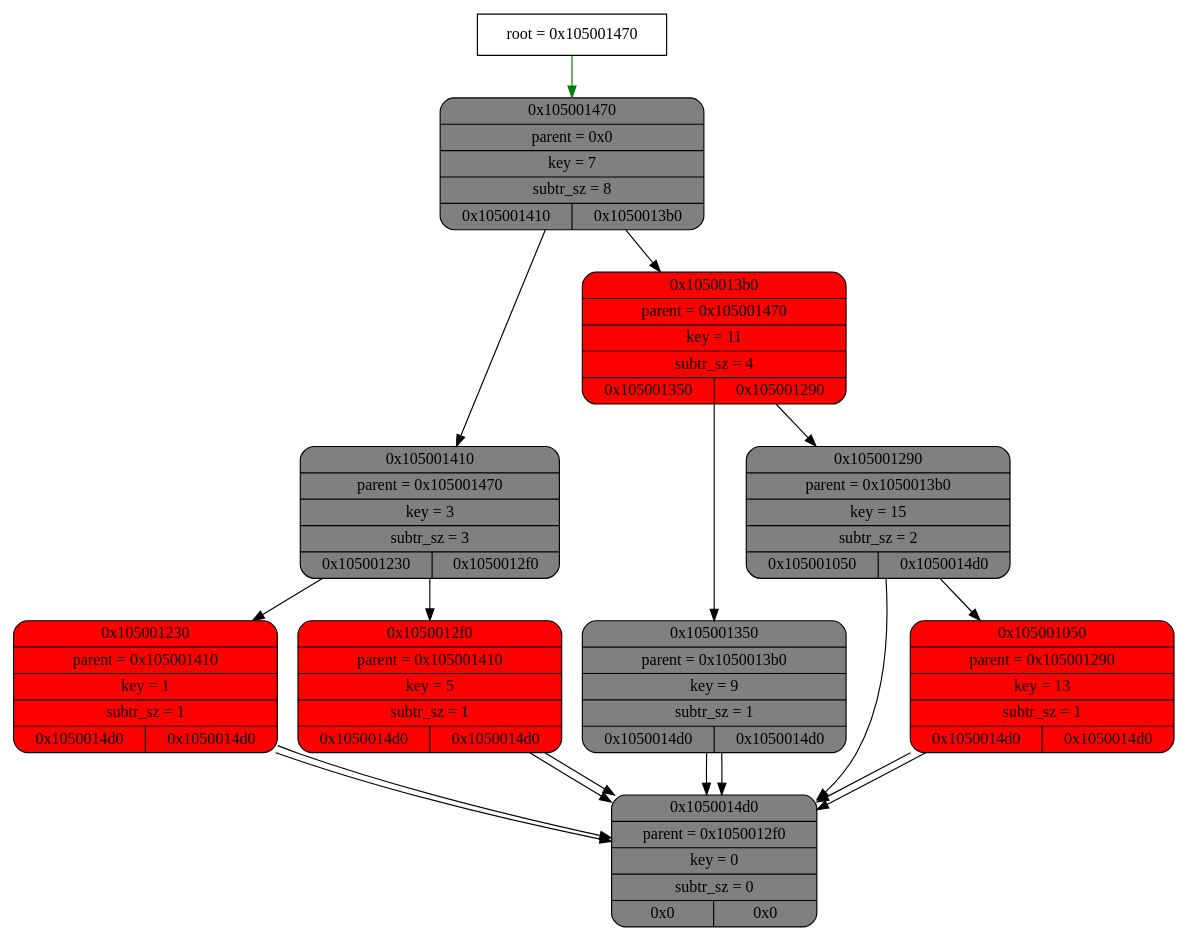
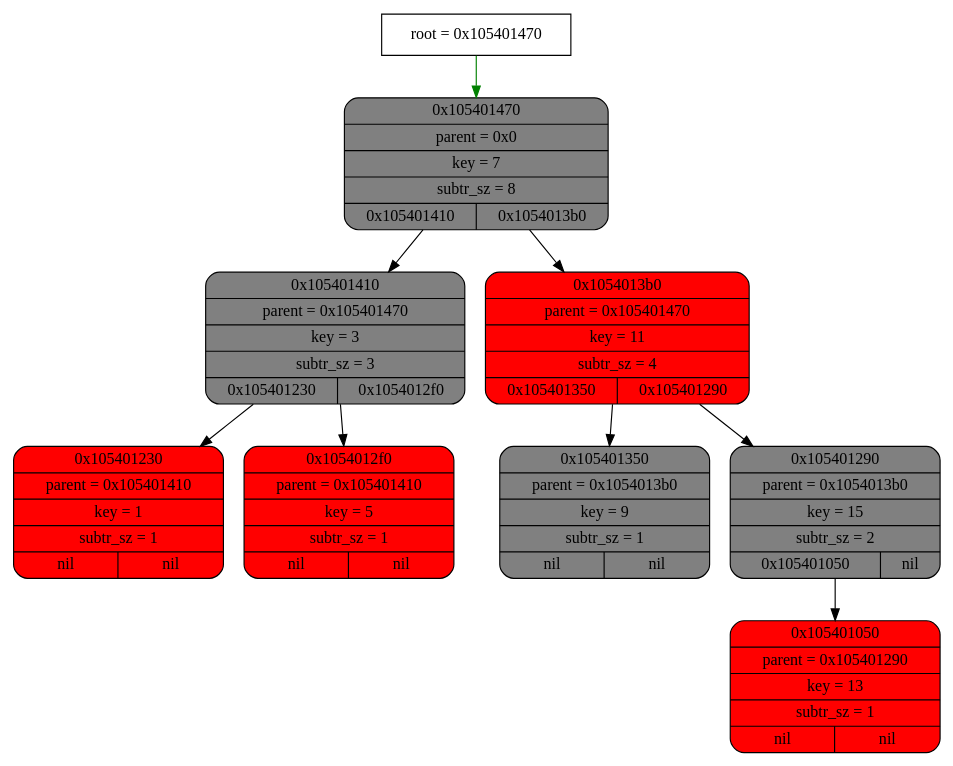
The diagram in graphviz.dot (esgalimov/tree), drawn with Graphviz before and after one commit. The commit also changed 7 other files, not shown here.

```diff
--- a/graphviz.dot
+++ b/graphviz.dot
@@ -1,57 +1,30 @@
 digraph
 {
-    node_info[shape = record, label = "{root = 0x105001470}"];
+    node_info[shape = record, label = "{root = 0x105401470}"];
 
-    node_info->node_0x105001470 [color = "green"];
-    node_0x105001470[shape = Mrecord, label = "{{0x105001470} | {parent =  0x0} | {key = 7} | {subtr_sz = 8} | {0x105001410| 0x1050013b0}}",
-            style="filled", fillcolor="grey"];
-    node_0x105001410[shape = Mrecord, label = "{{0x105001410} | {parent =  0x105001470} | {key = 3} | {subtr_sz = 3} | {0x105001230| 0x1050012f0}}",
-            style="filled", fillcolor="grey"];
-    node_0x105001230[shape = Mrecord, label = "{{0x105001230} | {parent =  0x105001410} | {key = 1} | {subtr_sz = 1} | {0x1050014d0| 0x1050014d0}}",
-            style="filled", fillcolor="red"];
-    node_0x1050014d0[shape = Mrecord, label = "{{0x1050014d0} | {parent =  0x1050012f0} | {key = 0} | {subtr_sz = 0} | {0x0| 0x0}}",
-            style="filled", fillcolor="grey"];
-    node_0x1050014d0[shape = Mrecord, label = "{{0x1050014d0} | {parent =  0x1050012f0} | {key = 0} | {subtr_sz = 0} | {0x0| 0x0}}",
-            style="filled", fillcolor="grey"];
-    node_0x1050012f0[shape = Mrecord, label = "{{0x1050012f0} | {parent =  0x105001410} | {key = 5} | {subtr_sz = 1} | {0x1050014d0| 0x1050014d0}}",
-            style="filled", fillcolor="red"];
-    node_0x1050014d0[shape = Mrecord, label = "{{0x1050014d0} | {parent =  0x1050012f0} | {key = 0} | {subtr_sz = 0} | {0x0| 0x0}}",
-            style="filled", fillcolor="grey"];
-    node_0x1050014d0[shape = Mrecord, label = "{{0x1050014d0} | {parent =  0x1050012f0} | {key = 0} | {subtr_sz = 0} | {0x0| 0x0}}",
-            style="filled", fillcolor="grey"];
-    node_0x1050013b0[shape = Mrecord, label = "{{0x1050013b0} | {parent =  0x105001470} | {key = 11} | {subtr_sz = 4} | {0x105001350| 0x105001290}}",
-            style="filled", fillcolor="red"];
-    node_0x105001350[shape = Mrecord, label = "{{0x105001350} | {parent =  0x1050013b0} | {key = 9} | {subtr_sz = 1} | {0x1050014d0| 0x1050014d0}}",
-            style="filled", fillcolor="grey"];
-    node_0x1050014d0[shape = Mrecord, label = "{{0x1050014d0} | {parent =  0x1050012f0} | {key = 0} | {subtr_sz = 0} | {0x0| 0x0}}",
-            style="filled", fillcolor="grey"];
-    node_0x1050014d0[shape = Mrecord, label = "{{0x1050014d0} | {parent =  0x1050012f0} | {key = 0} | {subtr_sz = 0} | {0x0| 0x0}}",
-            style="filled", fillcolor="grey"];
-    node_0x105001290[shape = Mrecord, label = "{{0x105001290} | {parent =  0x1050013b0} | {key = 15} | {subtr_sz = 2} | {0x105001050| 0x1050014d0}}",
-            style="filled", fillcolor="grey"];
-    node_0x105001050[shape = Mrecord, label = "{{0x105001050} | {parent =  0x105001290} | {key = 13} | {subtr_sz = 1} | {0x1050014d0| 0x1050014d0}}",
-            style="filled", fillcolor="red"];
-    node_0x1050014d0[shape = Mrecord, label = "{{0x1050014d0} | {parent =  0x1050012f0} | {key = 0} | {subtr_sz = 0} | {0x0| 0x0}}",
-            style="filled", fillcolor="grey"];
-    node_0x1050014d0[shape = Mrecord, label = "{{0x1050014d0} | {parent =  0x1050012f0} | {key = 0} | {subtr_sz = 0} | {0x0| 0x0}}",
-            style="filled", fillcolor="grey"];
-    node_0x1050014d0[shape = Mrecord, label = "{{0x1050014d0} | {parent =  0x1050012f0} | {key = 0} | {subtr_sz = 0} | {0x0| 0x0}}",
-            style="filled", fillcolor="grey"];
-    node_0x105001470->node_0x105001410
-    node_0x105001410->node_0x105001230
-    node_0x105001230->node_0x1050014d0
-    node_0x105001230->node_0x1050014d0
-    node_0x105001410->node_0x1050012f0
-    node_0x1050012f0->node_0x1050014d0
-    node_0x1050012f0->node_0x1050014d0
-    node_0x105001470->node_0x1050013b0
-    node_0x1050013b0->node_0x105001350
-    node_0x105001350->node_0x1050014d0
-    node_0x105001350->node_0x1050014d0
-    node_0x1050013b0->node_0x105001290
-    node_0x105001290->node_0x105001050
-    node_0x105001050->node_0x1050014d0
-    node_0x105001050->node_0x1050014d0
-    node_0x105001290->node_0x1050014d0
+    node_info->node_0x105401470 [color = "green"];
+    node_0x105401470[shape = Mrecord, label = "{{0x105401470} | {parent =  0x0} | {key = 7} | {subtr_sz = 8} | {0x105401410| 0x1054013b0}}",
+ style="filled", fillcolor="grey"];
+    node_0x105401410[shape = Mrecord, label = "{{0x105401410} | {parent =  0x105401470} | {key = 3} | {subtr_sz = 3} | {0x105401230| 0x1054012f0}}",
+ style="filled", fillcolor="grey"];
+    node_0x105401230[shape = Mrecord, label = "{{0x105401230} | {parent =  0x105401410} | {key = 1} | {subtr_sz = 1} | {nil | nil}}",
+ style="filled", fillcolor="red"];
+    node_0x1054012f0[shape = Mrecord, label = "{{0x1054012f0} | {parent =  0x105401410} | {key = 5} | {subtr_sz = 1} | {nil | nil}}",
+ style="filled", fillcolor="red"];
+    node_0x1054013b0[shape = Mrecord, label = "{{0x1054013b0} | {parent =  0x105401470} | {key = 11} | {subtr_sz = 4} | {0x105401350| 0x105401290}}",
+ style="filled", fillcolor="red"];
+    node_0x105401350[shape = Mrecord, label = "{{0x105401350} | {parent =  0x1054013b0} | {key = 9} | {subtr_sz = 1} | {nil | nil}}",
+ style="filled", fillcolor="grey"];
+    node_0x105401290[shape = Mrecord, label = "{{0x105401290} | {parent =  0x1054013b0} | {key = 15} | {subtr_sz = 2} | {0x105401050| nil}}",
+ style="filled", fillcolor="grey"];
+    node_0x105401050[shape = Mrecord, label = "{{0x105401050} | {parent =  0x105401290} | {key = 13} | {subtr_sz = 1} | {nil | nil}}",
+ style="filled", fillcolor="red"];
+    node_0x105401470->node_0x105401410
+    node_0x105401410->node_0x105401230
+    node_0x105401410->node_0x1054012f0
+    node_0x105401470->node_0x1054013b0
+    node_0x1054013b0->node_0x105401350
+    node_0x1054013b0->node_0x105401290
+    node_0x105401290->node_0x105401050
 
 }
```
